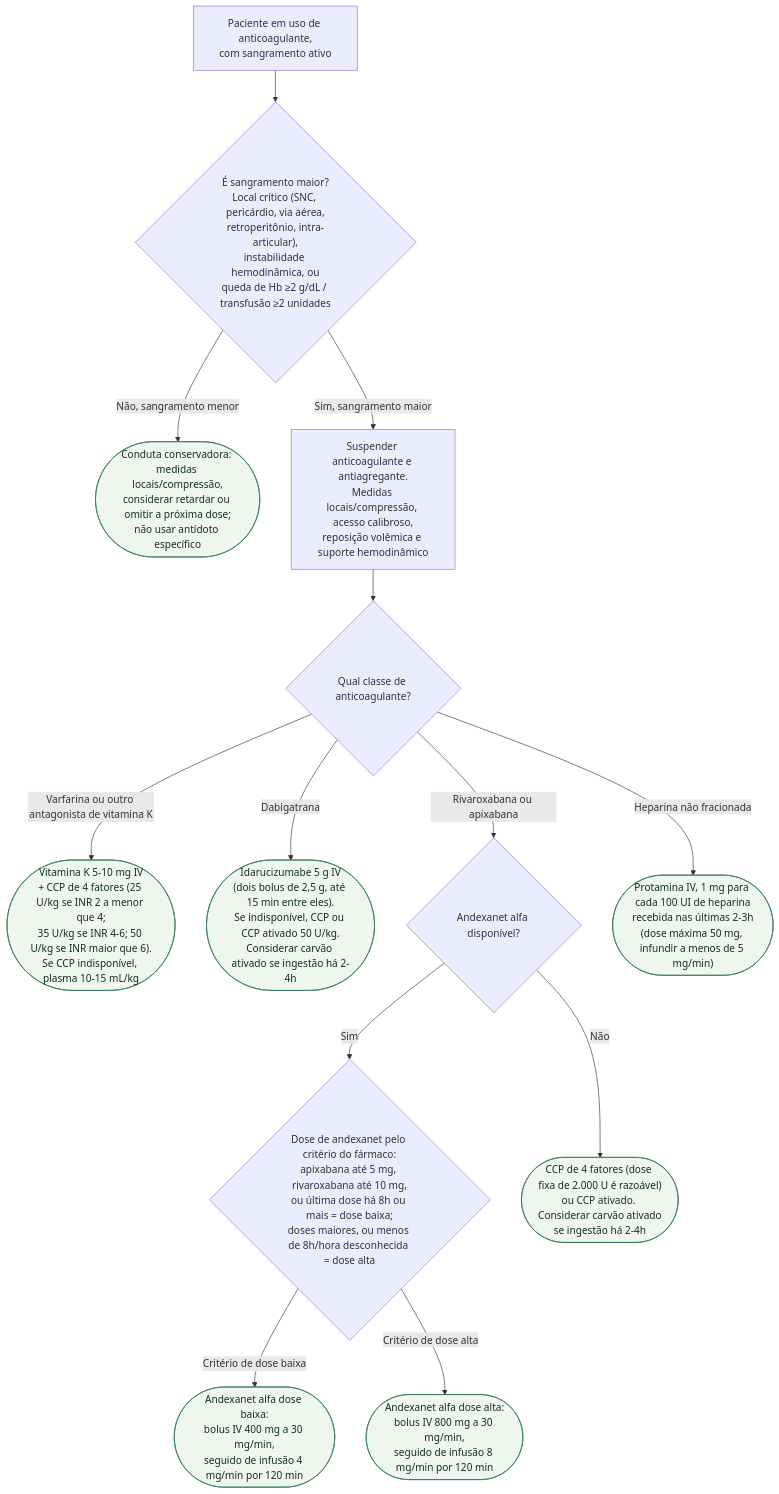
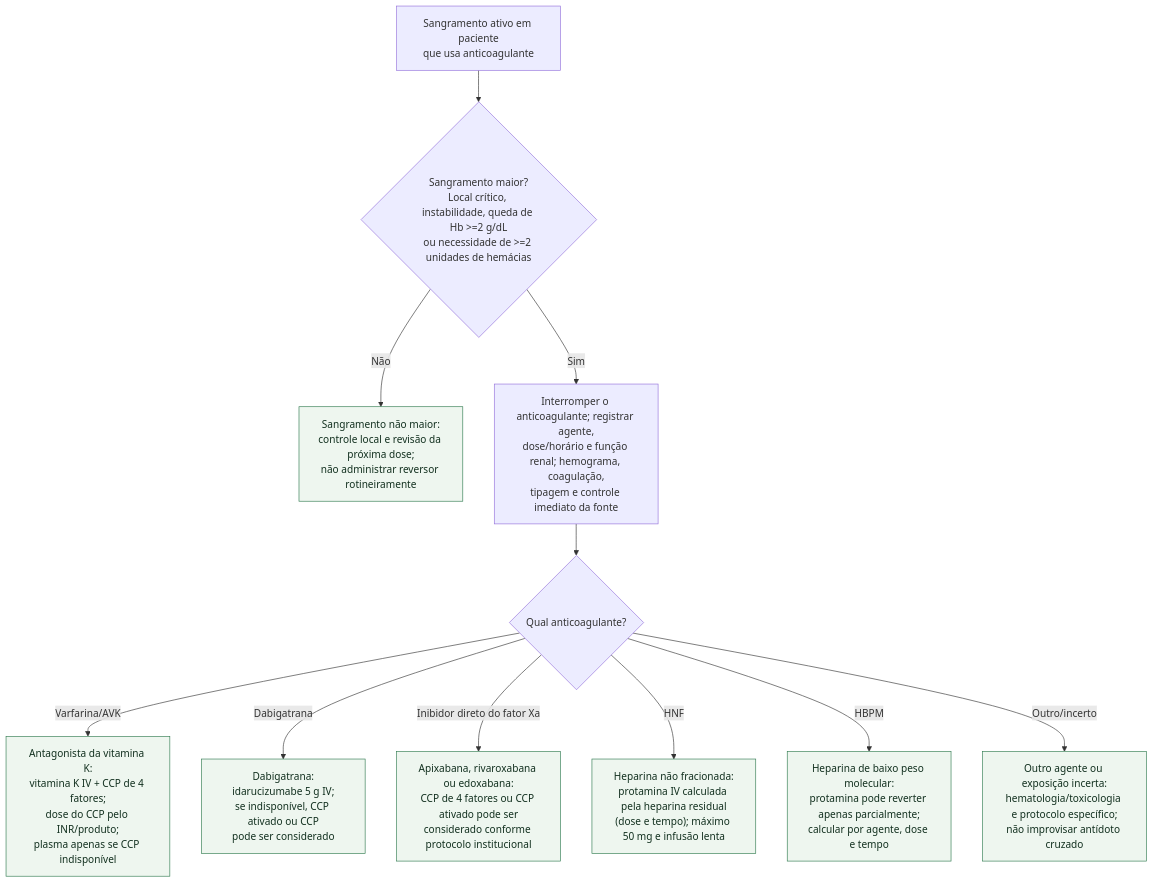
One commit to rafaelpaesmeirelles/MeuCardio changed the diagram in content/Tromboembolismo/fluxograma-sangramento-maior-em-paciente-anticoagulado.md. Above: the diagram before and after it, drawn with Mermaid. The commit also changed other lines of this file and 26 other files, not shown here.

````diff
--- a/content/Tromboembolismo/fluxograma-sangramento-maior-em-paciente-anticoagulado.md
+++ b/content/Tromboembolismo/fluxograma-sangramento-maior-em-paciente-anticoagulado.md
@@ -21,43 +21,28 @@
 ```mermaid
 flowchart TD
-  R0["Paciente em uso de anticoagulante,<br/>com sangramento ativo"]
+  R0["Sangramento ativo em paciente<br/>que usa anticoagulante"]
+  D1{"Sangramento maior?<br/>Local crítico, instabilidade, queda de Hb >=2 g/dL<br/>ou necessidade de >=2 unidades de hemácias"}
+  C1["Sangramento não maior:<br/>controle local e revisão da próxima dose;<br/>não administrar reversor rotineiramente"]
+  P1["Interromper o anticoagulante; registrar agente,<br/>dose/horário e função renal; hemograma, coagulação,<br/>tipagem e controle imediato da fonte"]
+  D2{"Qual anticoagulante?"}
+  C2["Antagonista da vitamina K:<br/>vitamina K IV + CCP de 4 fatores;<br/>dose do CCP pelo INR/produto;<br/>plasma apenas se CCP indisponível"]
+  C3["Dabigatrana:<br/>idarucizumabe 5 g IV;<br/>se indisponível, CCP ativado ou CCP<br/>pode ser considerado"]
+  C4["Apixabana, rivaroxabana ou edoxabana:<br/>CCP de 4 fatores ou CCP ativado pode ser<br/>considerado conforme protocolo institucional"]
+  C7["Heparina não fracionada:<br/>protamina IV calculada pela heparina residual<br/>(dose e tempo); máximo 50 mg e infusão lenta"]
+  C8["Heparina de baixo peso molecular:<br/>protamina pode reverter apenas parcialmente;<br/>calcular por agente, dose e tempo"]
+  C9["Outro agente ou exposição incerta:<br/>hematologia/toxicologia e protocolo específico;<br/>não improvisar antídoto cruzado"]
+
   R0 --> D1
-
-  D1{"É sangramento maior?<br/>Local crítico (SNC, pericárdio, via aérea,<br/>retroperitônio, intra-articular),<br/>instabilidade hemodinâmica, ou<br/>queda de Hb ≥2 g/dL / transfusão ≥2 unidades"}
-  D1 -->|"Não, sangramento menor"| C1
-  D1 -->|"Sim, sangramento maior"| P1
-
-  C1(["Conduta conservadora: medidas locais/compressão,<br/>considerar retardar ou omitir a próxima dose;<br/>não usar antídoto específico"])
-
-  P1["Suspender anticoagulante e antiagregante.<br/>Medidas locais/compressão, acesso calibroso,<br/>reposição volêmica e suporte hemodinâmico"]
+  D1 -->|"Não"| C1
+  D1 -->|"Sim"| P1
   P1 --> D2
-
-  D2{"Qual classe de anticoagulante?"}
-  D2 -->|"Varfarina ou outro antagonista de vitamina K"| C2
+  D2 -->|"Varfarina/AVK"| C2
   D2 -->|"Dabigatrana"| C3
-  D2 -->|"Rivaroxabana ou apixabana"| D3
-  D2 -->|"Heparina não fracionada"| C7
-
-  C2(["Vitamina K 5-10 mg IV<br/>+ CCP de 4 fatores (25 U/kg se INR 2 a menor que 4;<br/>35 U/kg se INR 4-6; 50 U/kg se INR maior que 6).<br/>Se CCP indisponível, plasma 10-15 mL/kg"])
-
-  C3(["Idarucizumabe 5 g IV<br/>(dois bolus de 2,5 g, até 15 min entre eles).<br/>Se indisponível, CCP ou CCP ativado 50 U/kg.<br/>Considerar carvão ativado se ingestão há 2-4h"])
-
-  D3{"Andexanet alfa disponível?"}
-  D3 -->|"Sim"| D4
-  D3 -->|"Não"| C6
-
-  C6(["CCP de 4 fatores (dose fixa de 2.000 U é razoável)<br/>ou CCP ativado. Considerar carvão ativado<br/>se ingestão há 2-4h"])
-
-  D4{"Dose de andexanet pelo critério do fármaco:<br/>apixabana até 5 mg, rivaroxabana até 10 mg,<br/>ou última dose há 8h ou mais = dose baixa;<br/>doses maiores, ou menos de 8h/hora desconhecida = dose alta"}
-  D4 -->|"Critério de dose baixa"| C4
-  D4 -->|"Critério de dose alta"| C5
-
-  C4(["Andexanet alfa dose baixa:<br/>bolus IV 400 mg a 30 mg/min,<br/>seguido de infusão 4 mg/min por 120 min"])
-
-  C5(["Andexanet alfa dose alta:<br/>bolus IV 800 mg a 30 mg/min,<br/>seguido de infusão 8 mg/min por 120 min"])
-
-  C7(["Protamina IV, 1 mg para cada 100 UI de heparina<br/>recebida nas últimas 2-3h<br/>(dose máxima 50 mg, infundir a menos de 5 mg/min)"])
+  D2 -->|"Inibidor direto do fator Xa"| C4
+  D2 -->|"HNF"| C7
+  D2 -->|"HBPM"| C8
+  D2 -->|"Outro/incerto"| C9
 
   classDef conduta fill:#eef6ef,stroke:#2f7a4f,color:#12301f;
-  class C1,C2,C3,C4,C5,C6,C7 conduta;
+  class C1,C2,C3,C4,C7,C8,C9 conduta;
 ```
````
